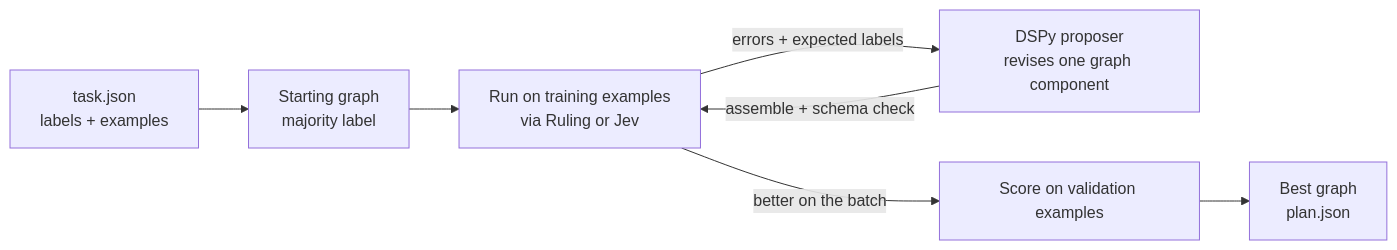
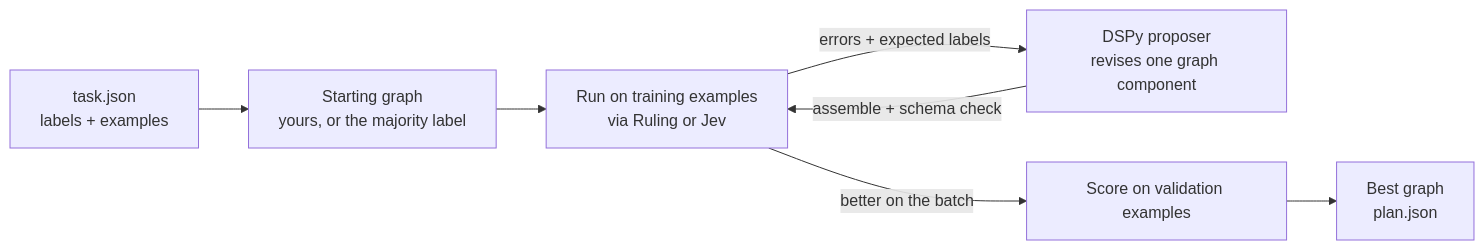
The second of 5 diagrams in README.md (MCERQUA/rulesmith), drawn with Mermaid before and after one commit. The commit also changed other lines of this file and 2 other files, not shown here.

First line of the commit message:
Mark the judge in every drawn graph and fix the README's diagrams

````diff
--- a/README.md
+++ b/README.md
@@ -405,9 +407,9 @@
 ```mermaid
 flowchart LR
-  T["task.json<br/>labels + examples"] --> S["Starting graph<br/>majority label"]
+  T["task.json<br/>labels + examples"] --> S["Starting graph<br/>yours, or the majority label"]
   S --> E["Run on training examples<br/>via Ruling or Jev"]
   E -->|"errors + expected labels"| P["DSPy proposer<br/>revises one graph component"]
   P -->|"assemble + schema check"| E
   E -->|"better on the batch"| V["Score on validation examples"]
   V --> B["Best graph<br/>plan.json"]
 ```
````
